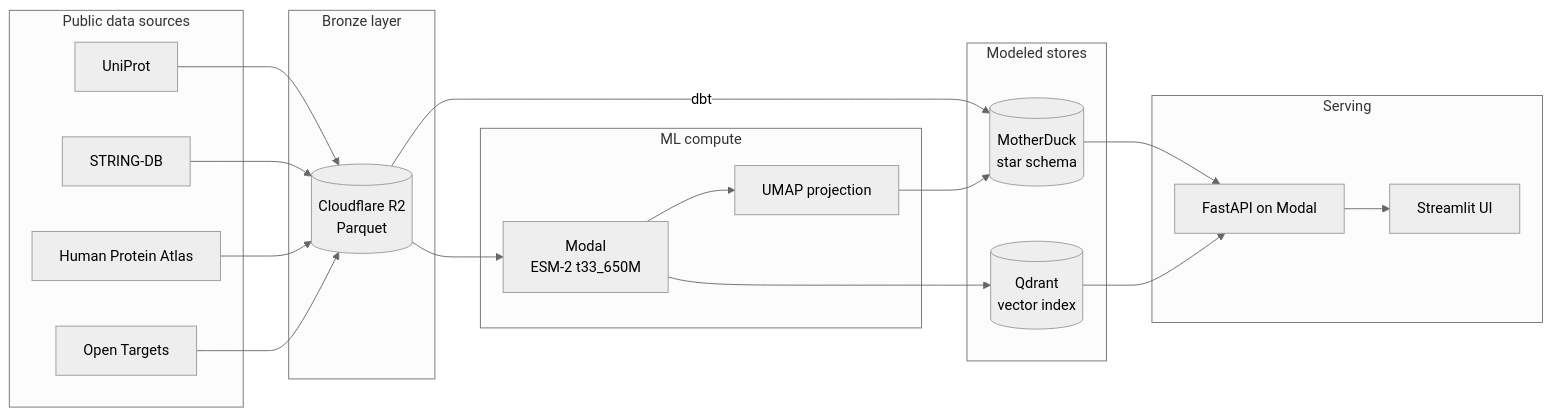
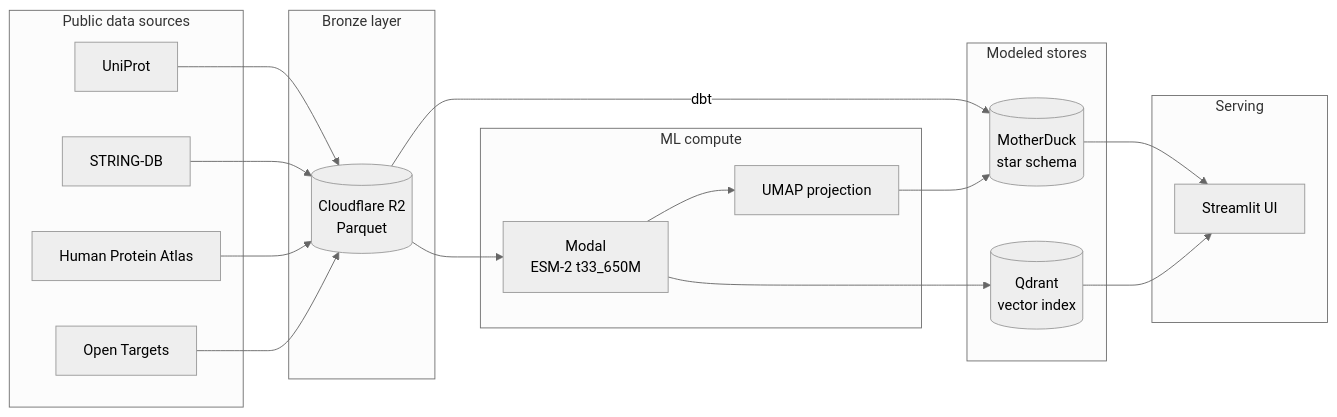
Before and after one commit to RM3006/human-protein-atlas: the diagram in README.md, drawn with Mermaid (neutral theme). The commit also changed other lines of this file and 4 other files, not shown here.

First line of the commit message:
docs: drop FastAPI/Modal API tier from Part 6 architecture

````diff
--- a/README.md
+++ b/README.md
@@ -68,37 +67,35 @@
 ```mermaid
 flowchart LR
     subgraph Sources["Public data sources"]
         UP[UniProt]
         ST[STRING-DB]
         HPA[Human Protein Atlas]
         OT[Open Targets]
     end
     subgraph Bronze["Bronze layer"]
         R2[(Cloudflare R2<br/>Parquet)]
     end
     subgraph ML["ML compute"]
         ESM[Modal<br/>ESM-2 t33_650M]
         UMAP[UMAP projection]
     end
     subgraph Stores["Modeled stores"]
         MD[(MotherDuck<br/>star schema)]
         QD[(Qdrant<br/>vector index)]
     end
     subgraph Serve["Serving"]
-        API[FastAPI on Modal]
         UI[Streamlit UI]
     end
 
     UP --> R2
     ST --> R2
     HPA --> R2
     OT --> R2
     R2 -->|dbt| MD
     R2 --> ESM
     ESM --> UMAP
     UMAP --> MD
     ESM --> QD
-    MD --> API
-    QD --> API
-    API --> UI
+    MD --> UI
+    QD --> UI
 ```
````
